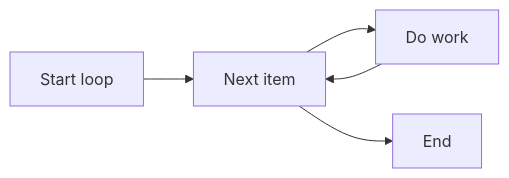
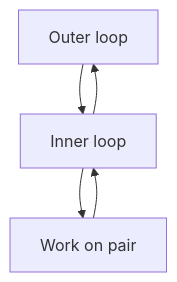
One commit to ritzrmx/Masai_Curriculum changed the seventh of 11 diagrams in IITP_AIML_Regional/IITP-AIMLT-2606/Module 1- Foundations of Data/Session 4- Loops, Iteration & Repetitive Logic/pre-read: Loops, Iteration & Repetitive Logic.md. Above: the diagram before and after it, drawn with Mermaid. The commit also changed other lines of this file and 38 other files, not shown here.

````diff
--- a/IITP_AIML_Regional/IITP-AIMLT-2606/Module 1- Foundations of Data/Session 4- Loops, Iteration & Repetitive Logic/pre-read: Loops, Iteration & Repetitive Logic.md
+++ b/IITP_AIML_Regional/IITP-AIMLT-2606/Module 1- Foundations of Data/Session 4- Loops, Iteration & Repetitive Logic/pre-read: Loops, Iteration & Repetitive Logic.md
@@ -71,7 +266,7 @@
 ```mermaid
-flowchart LR
-    S[Start loop] --> I[Next item]
-    I --> B[Do work]
-    B --> I
-    I --> E[End]
+flowchart TD
+    O[Outer loop] --> I[Inner loop]
+    I --> W[Work on pair]
+    W --> I
+    I --> O
 ```
````
